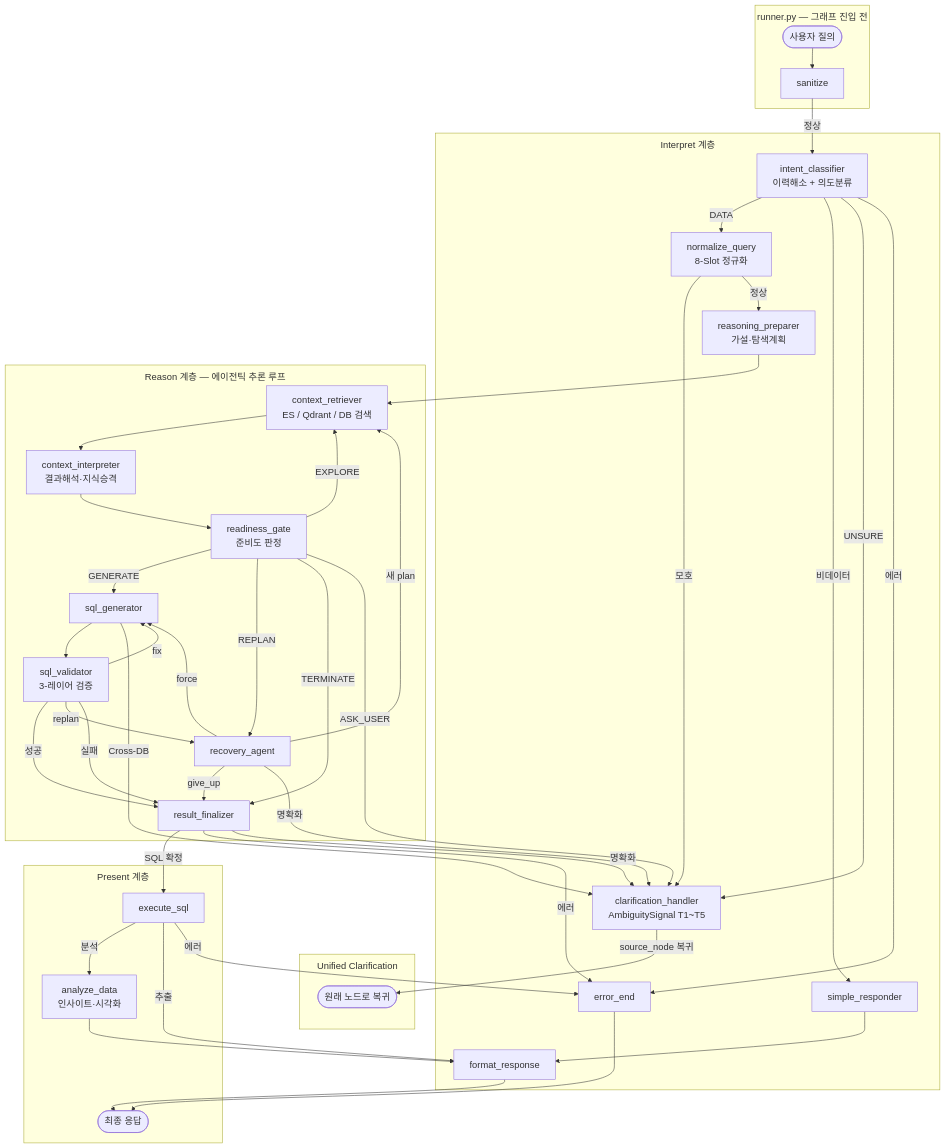
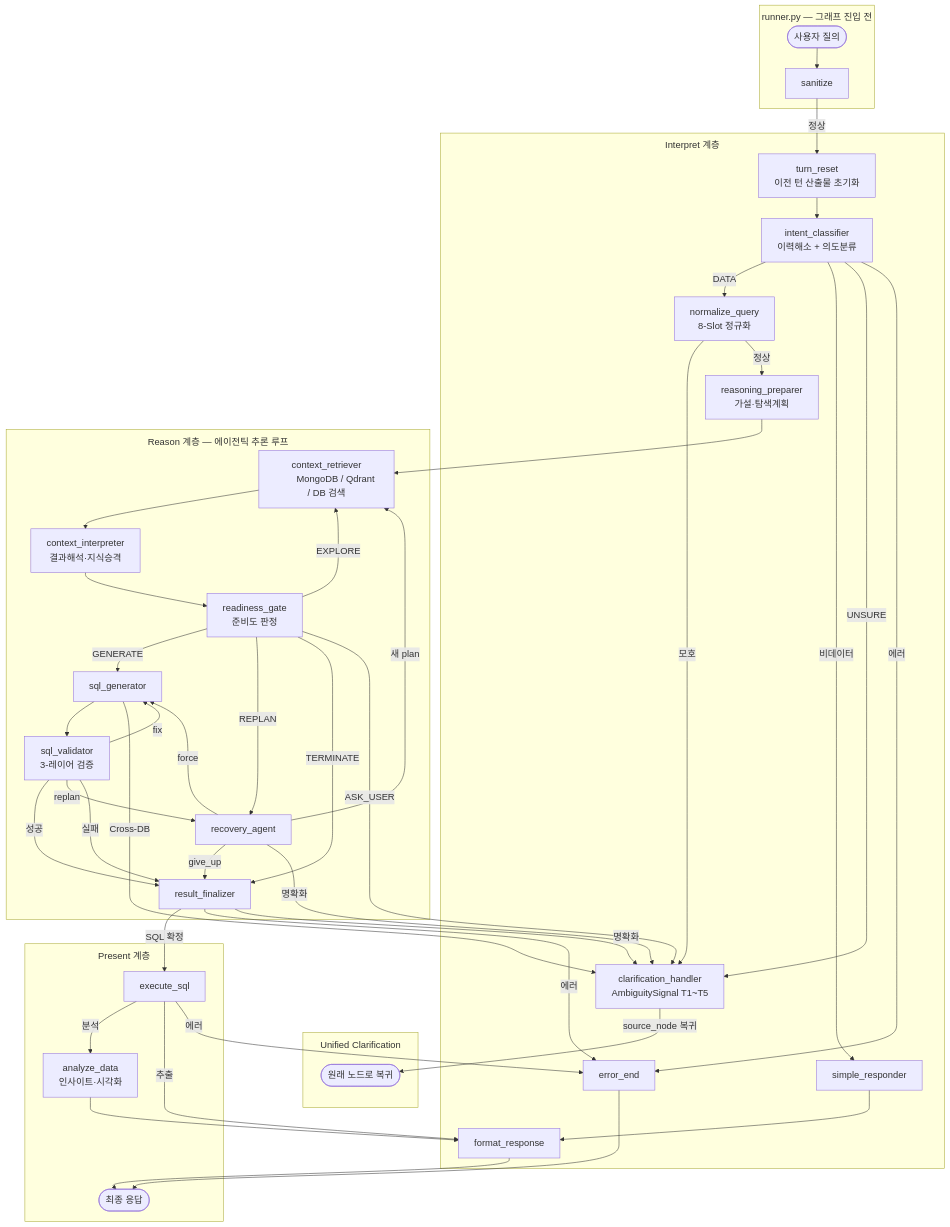
Before and after one commit to cheol-hee-han/data-copilot: the first of 3 diagrams in docs/architecture/pipeline-architecture.md, drawn with Mermaid. The commit also changed other lines of this file and 225 other files, not shown here.

````diff
--- a/docs/architecture/pipeline-architecture.md
+++ b/docs/architecture/pipeline-architecture.md
@@ -41,77 +41,80 @@
 ```mermaid
 ---
 config:
   themeVariables:
     fontSize: 18px
   flowchart:
     nodeSpacing: 50
     rankSpacing: 40
     subGraphTitleMargin:
       top: 10
       bottom: 10
 ---
 flowchart TD
     subgraph runner["runner.py — 그래프 진입 전"]
         A([사용자 질의]) --> SAN[sanitize]
     end
 
+    SAN -->|정상| TR["turn_reset
+    이전 턴 산출물 초기화"]
+
     subgraph interpret["Interpret 계층"]
-        SAN -->|정상| CC["intent_classifier
+        TR --> CC["intent_classifier
         이력해소 + 의도분류"]
         CC -->|DATA| NQ["normalize_query
         8-Slot 정규화"]
         CC -->|비데이터| SR[simple_responder]
         CC -->|UNSURE| CLR
         CC -->|에러| ERR
         NQ -->|모호| CLR
         NQ -->|정상| RP
         SR --> FMT
     end
 
     subgraph clarify["Unified Clarification"]
         CLR["clarification_handler
         AmbiguitySignal T1~T5"]
         CLR -->|source_node 복귀| RET(["원래 노드로 복귀"])
     end
 
     subgraph reason["Reason 계층 — 에이전틱 추론 루프"]
         RP["reasoning_preparer
         가설·탐색계획"]
         RP --> KF["context_retriever
-        ES / Qdrant / DB 검색"]
+        MongoDB / Qdrant / DB 검색"]
         KF --> KI["context_interpreter
         결과해석·지식승격"]
         KI --> RG["readiness_gate
         준비도 판정"]
         RG -->|EXPLORE| KF
         RG -->|GENERATE| SG["sql_generator"]
         RG -->|REPLAN| RA["recovery_agent"]
         RG -->|TERMINATE| RF
         RG -->|ASK_USER| CLR
         SG --> SV["sql_validator
         3-레이어 검증"]
         SG -->|Cross-DB| CLR
         SV -->|성공| RF["result_finalizer"]
         SV -->|fix| SG
         SV -->|replan| RA
         SV -->|실패| RF
         RA -->|새 plan| KF
         RA -->|force| SG
         RA -->|give_up| RF
         RA -->|명확화| CLR
     end
 
     subgraph present["Present 계층"]
         RF -->|SQL 확정| EXEC[execute_sql]
         RF -->|에러| ERR
         RF -->|명확화| CLR
         EXEC -->|분석| ANA["analyze_data
         인사이트·시각화"]
         EXEC -->|추출| FMT[format_response]
         EXEC -->|에러| ERR
         ANA --> FMT
         FMT --> END_OK([최종 응답])
     end
 
     ERR[error_end] --> END_OK
 ```
````
